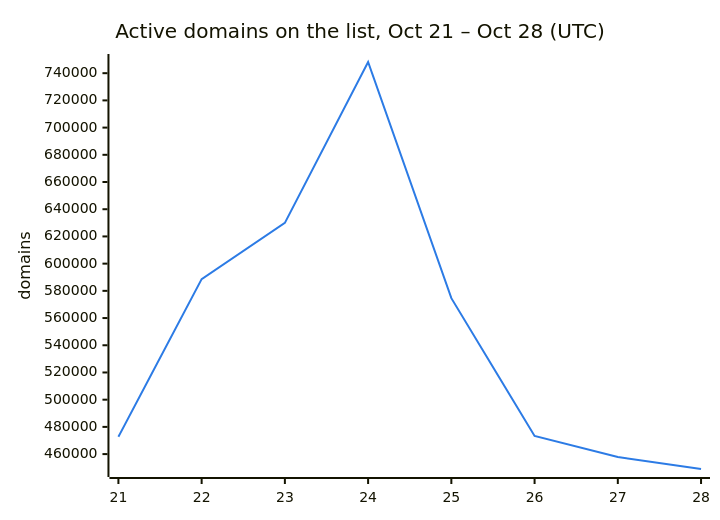
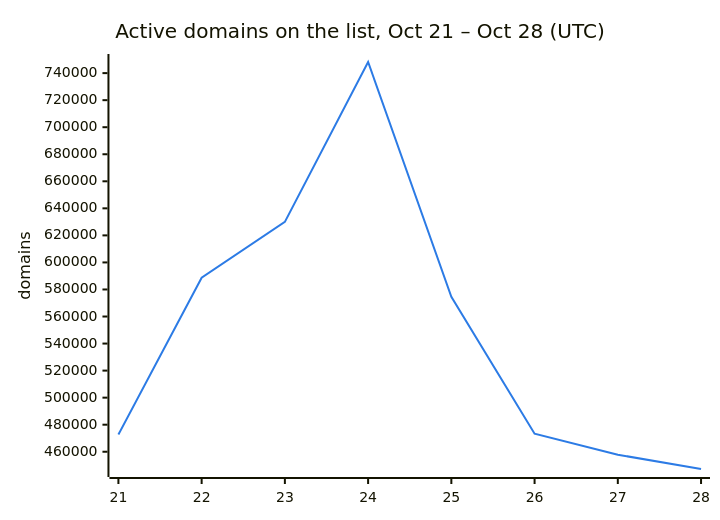
One commit to DNSBunker/CTI changed the second of 3 diagrams in README.md. Above: the diagram before and after it, drawn with Mermaid. The commit also changed other lines of this file and 3 other files, not shown here.

````diff
--- a/README.md
+++ b/README.md
@@ -38,8 +38,8 @@
 ```mermaid
 %%{init: {"themeVariables": {"xyChart": {"plotColorPalette": "#2c7be5"}}}}%%
 xychart-beta
     title "Active domains on the list, Oct 21 – Oct 28 (UTC)"
     x-axis ["21", "22", "23", "24", "25", "26", "27", "28"]
     y-axis "domains"
-    line [472713, 588659, 629951, 748222, 574614, 473331, 457795, 449043]
+    line [472713, 588659, 629951, 748222, 574614, 473331, 457795, 447236]
 ```
````
